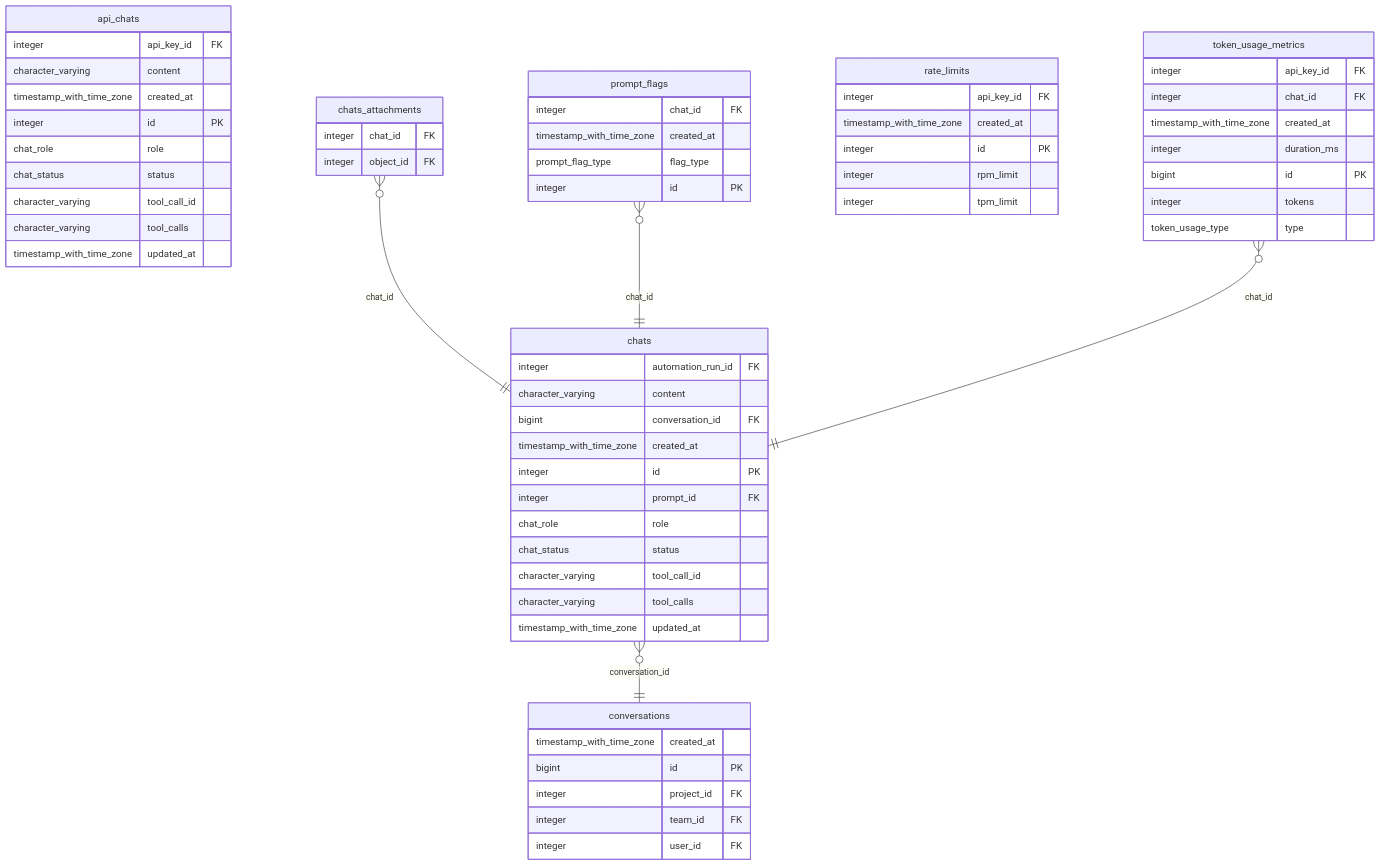
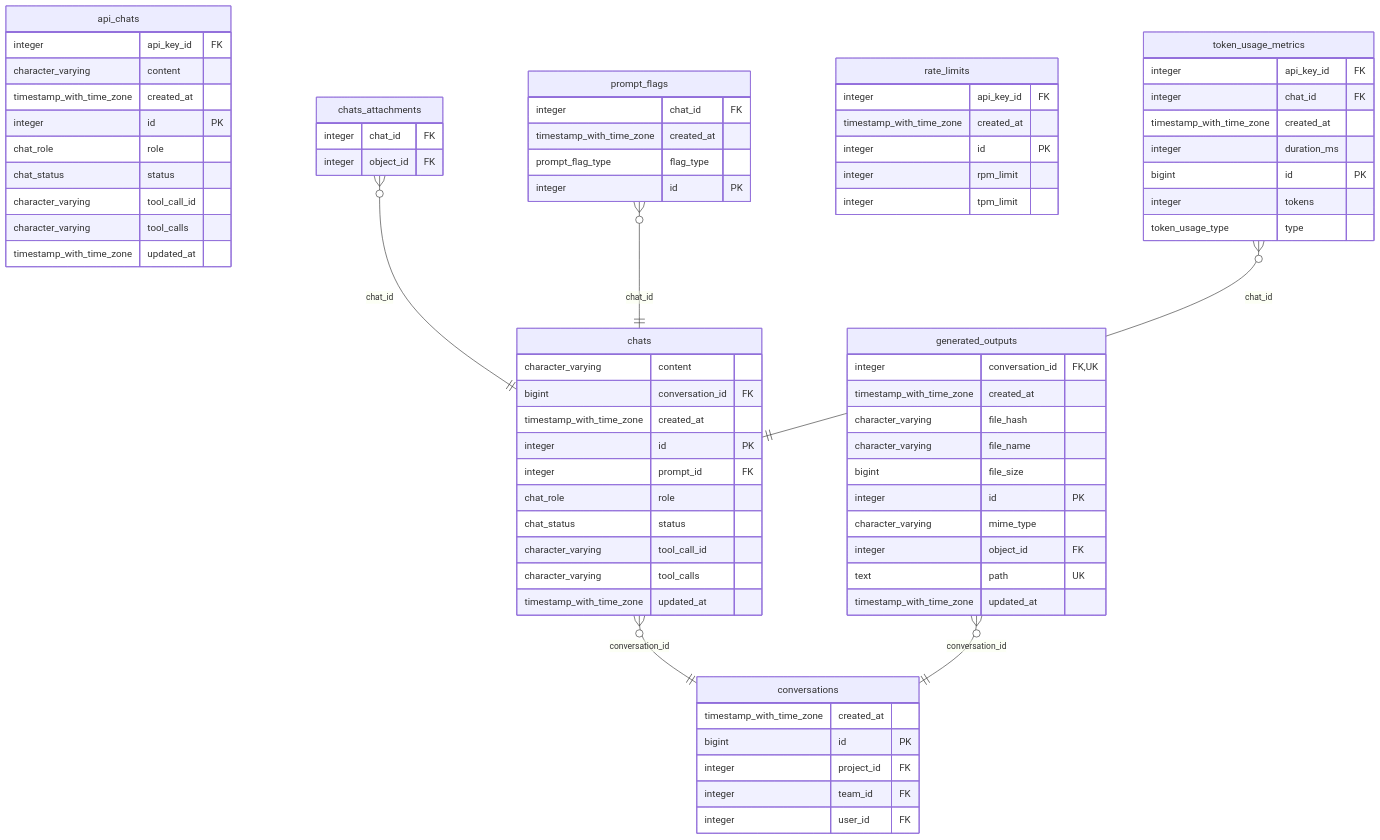
One commit to bionic-gpt/bionic-gpt changed the third of 10 diagrams in crates/db/README.md. Above: the diagram before and after it, drawn with Mermaid. The commit also changed other lines of this file and 27 other files, not shown here.

````diff
--- a/crates/db/README.md
+++ b/crates/db/README.md
@@ -190,7 +179,6 @@
     }
 
     chats {
-        integer automation_run_id FK 
         character_varying content 
         bigint conversation_id FK 
         timestamp_with_time_zone created_at 
@@ -214,6 +202,19 @@
         integer project_id FK 
         integer team_id FK 
         integer user_id FK 
+    }
+
+    generated_outputs {
+        integer conversation_id FK,UK 
+        timestamp_with_time_zone created_at 
+        character_varying file_hash 
+        character_varying file_name 
+        bigint file_size 
+        integer id PK 
+        character_varying mime_type 
+        integer object_id FK 
+        text path UK 
+        timestamp_with_time_zone updated_at 
     }
 
     prompt_flags {
@@ -245,4 +246,5 @@
     chats_attachments }o--|| chats : "chat_id"
     prompt_flags }o--|| chats : "chat_id"
     token_usage_metrics }o--|| chats : "chat_id"
+    generated_outputs }o--|| conversations : "conversation_id"
 ```
````
